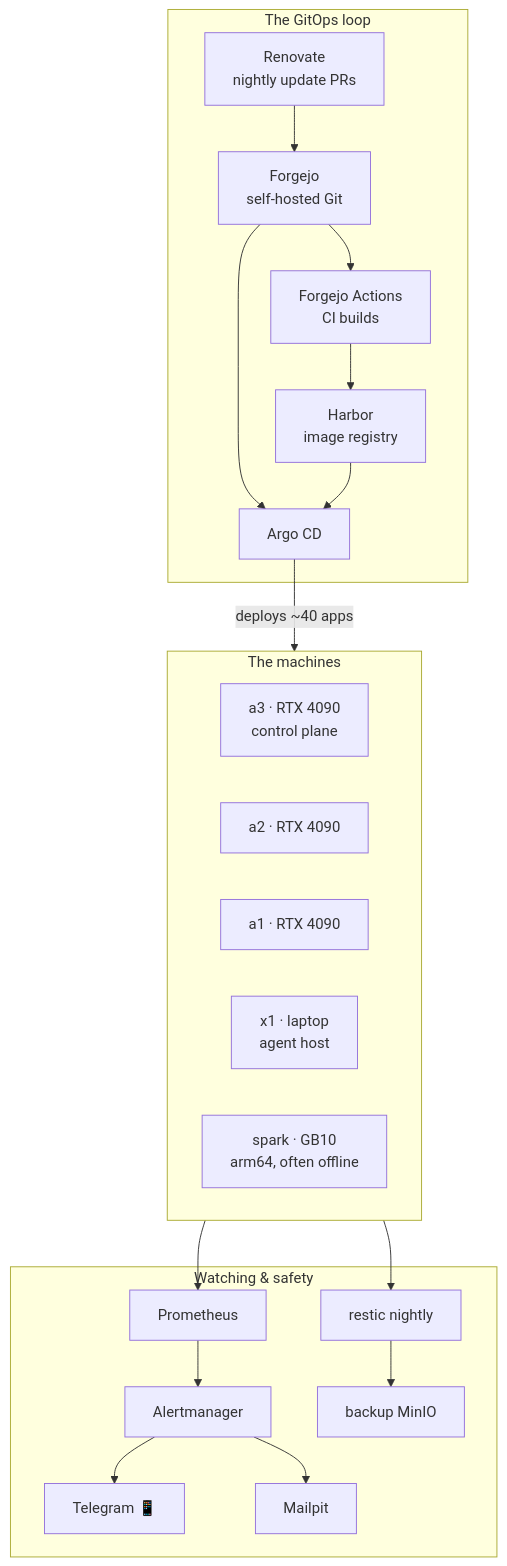
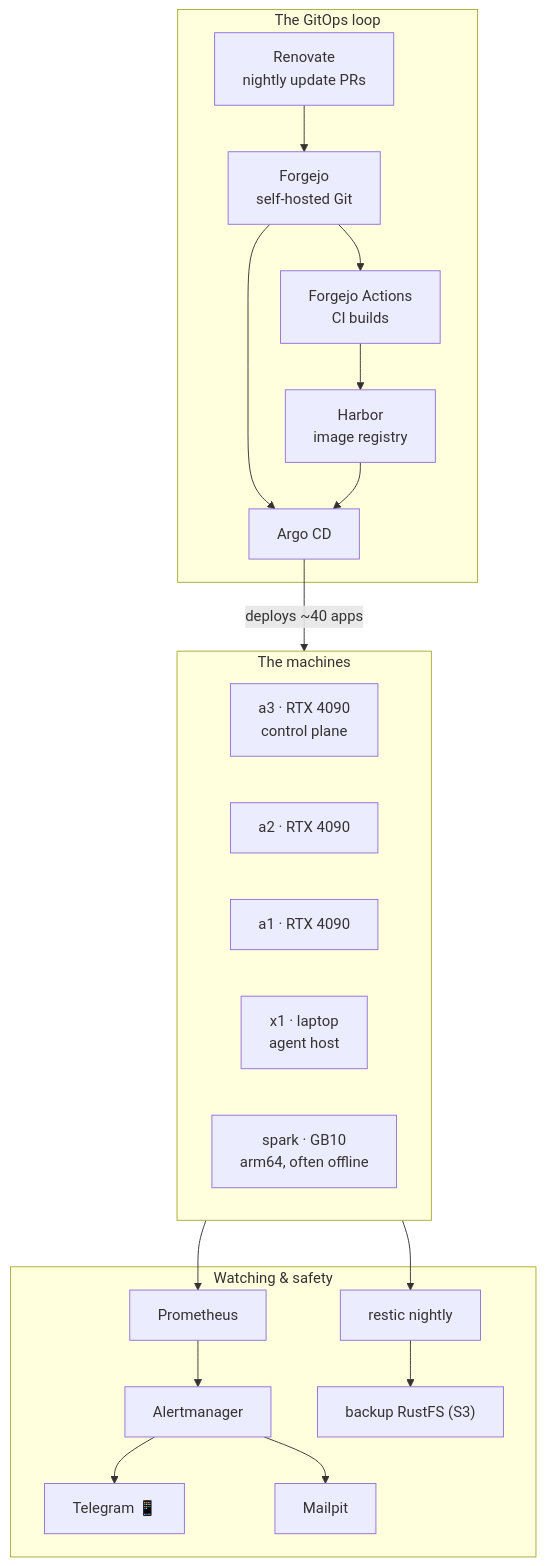
Before and after one commit to briancaffey/home-lab: the diagram in docs-site/docs/index.md, drawn with Mermaid. The commit also changed 28 other files, not shown here.

````diff
--- a/docs-site/docs/index.md
+++ b/docs-site/docs/index.md
@@ -25,30 +25,30 @@
 ```mermaid
 flowchart TB
   subgraph machines["The machines"]
     a3["a3 · RTX 4090<br/>control plane"]
     a2["a2 · RTX 4090"]
     a1["a1 · RTX 4090"]
     x1["x1 · laptop<br/>agent host"]
     spark["spark · GB10<br/>arm64, often offline"]
   end
 
   subgraph loop["The GitOps loop"]
     renovate["Renovate<br/>nightly update PRs"] --> forgejo["Forgejo<br/>self-hosted Git"]
     forgejo --> actions["Forgejo Actions<br/>CI builds"]
     actions --> harbor["Harbor<br/>image registry"]
     forgejo --> argo["Argo CD"]
     harbor --> argo
   end
 
   argo -->|deploys ~40 apps| machines
 
   subgraph watch["Watching & safety"]
     prom["Prometheus"] --> am["Alertmanager"]
     am --> tg["Telegram 📱"]
     am --> mp["Mailpit"]
-    restic["restic nightly"] --> minio["backup MinIO"]
+    restic["restic nightly"] --> minio["backup RustFS (S3)"]
   end
 
   machines --> prom
   machines --> restic
 ```
````
